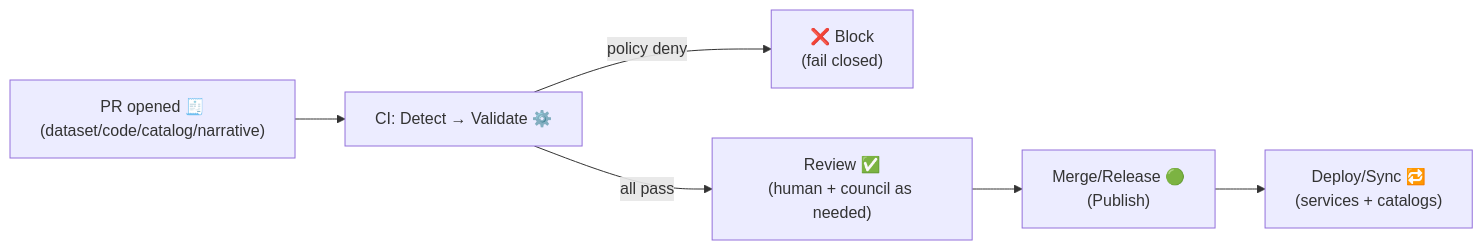
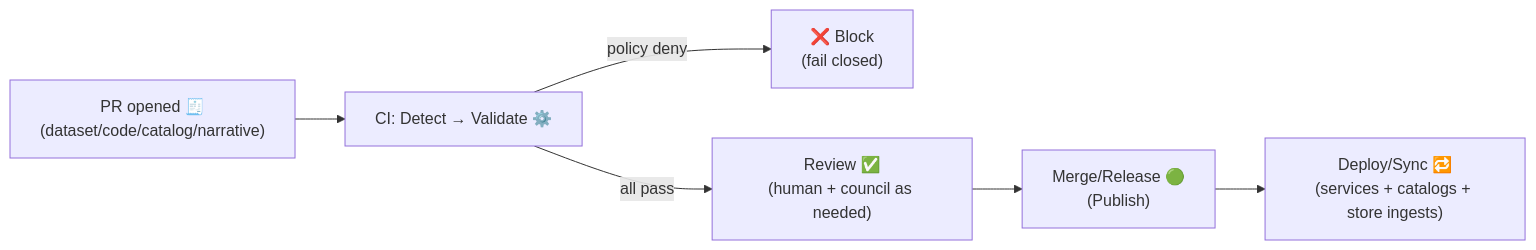
One commit to bartytime4life/Kansas-Frontier-Matrix changed the third of 4 diagrams in pipelines/README.md. Above: the diagram before and after it, drawn with Mermaid. The commit also changed other lines of this file, not shown here.

````diff
--- a/pipelines/README.md
+++ b/pipelines/README.md
@@ -389,8 +512,8 @@
 ```mermaid
 flowchart LR
   A["PR opened 🧾\n(dataset/code/catalog/narrative)"] --> B["CI: Detect → Validate ⚙️"]
   B -->|policy deny| X["❌ Block\n(fail closed)"]
   B -->|all pass| C["Review ✅\n(human + council as needed)"]
   C --> D["Merge/Release 🟢\n(Publish)"]
-  D --> E["Deploy/Sync 🔁\n(services + catalogs)"]
+  D --> E["Deploy/Sync 🔁\n(services + catalogs + store ingests)"]
 ```
````
